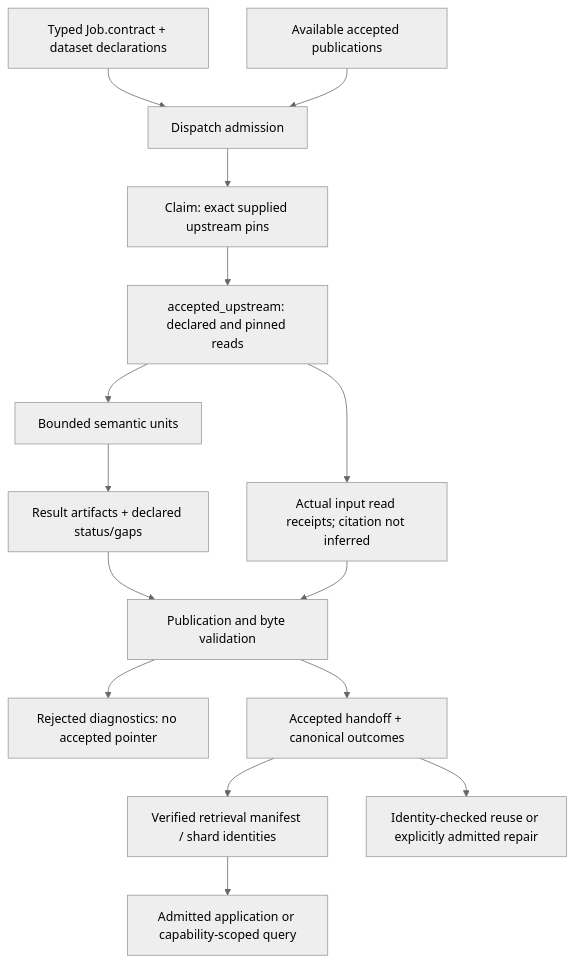
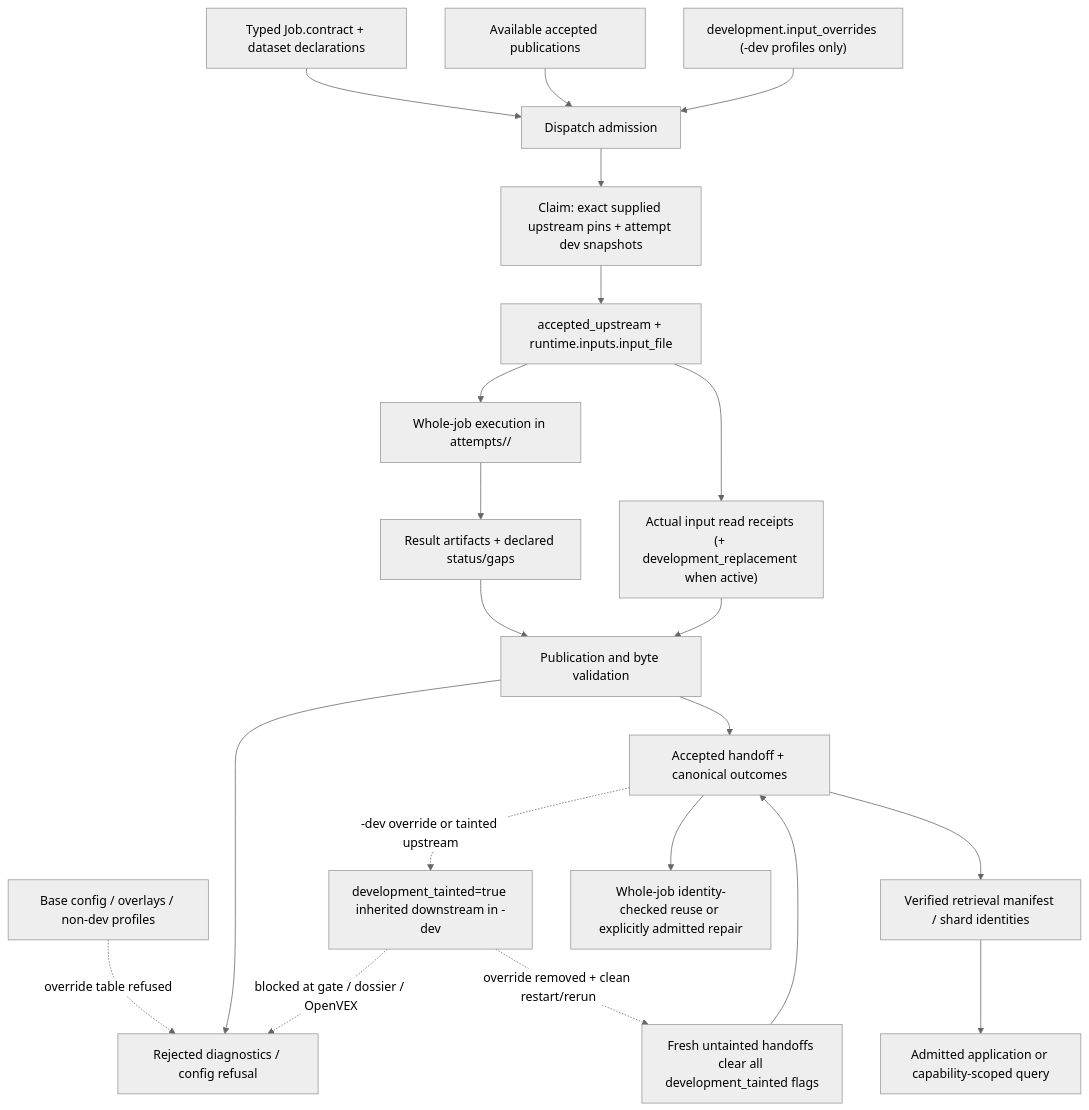
Before and after one commit to wsollers/appsec-review: the diagram in docs/architecture/runtime-interchange.md, drawn with Mermaid (neutral theme). The commit also changed other lines of this file and 108 other files, not shown here.

First line of the commit message:
docs: reconcile process playbooks, tuning tables, diagrams, and job recovery prose

````diff
--- a/docs/architecture/runtime-interchange.md
+++ b/docs/architecture/runtime-interchange.md
@@ -118,17 +126,23 @@
 ```mermaid
 flowchart TD
   declarations["Typed Job.contract + dataset declarations"] --> admission["Dispatch admission"]
   available["Available accepted publications"] --> admission
-  admission --> claim["Claim: exact supplied upstream pins"]
-  claim --> read["accepted_upstream: declared and pinned reads"]
-  read --> receipts["Actual input read receipts; citation not inferred"]
-  read --> units["Bounded semantic units"]
+  devoverride["development.input_overrides (-dev profiles only)"] --> admission
+  nondev["Base config / overlays / non-dev profiles"] -. "override table refused" .-> rejected["Rejected diagnostics / config refusal"]
+  admission --> claim["Claim: exact supplied upstream pins + attempt dev snapshots"]
+  claim --> read["accepted_upstream + runtime.inputs.input_file"]
+  read --> receipts["Actual input read receipts (+ development_replacement when active)"]
+  read --> units["Whole-job execution in attempts/<attempt_id>/"]
   units --> results["Result artifacts + declared status/gaps"]
   results --> validation["Publication and byte validation"]
   receipts --> validation
-  validation --> rejected["Rejected diagnostics: no accepted pointer"]
+  validation --> rejected
   validation --> handoff["Accepted handoff + canonical outcomes"]
+  handoff -. "-dev override or tainted upstream" .-> taint["development_tainted=true inherited downstream in -dev"]
+  taint -. "blocked at gate / dossier / OpenVEX" .-> rejected
+  taint -. "override removed + clean restart/rerun" .-> cleared["Fresh untainted handoffs clear all development_tainted flags"]
+  cleared --> handoff
   handoff --> manifest["Verified retrieval manifest / shard identities"]
   manifest --> consumer["Admitted application or capability-scoped query"]
-  handoff --> resume["Identity-checked reuse or explicitly admitted repair"]
+  handoff --> resume["Whole-job identity-checked reuse or explicitly admitted repair"]
 ```
````
